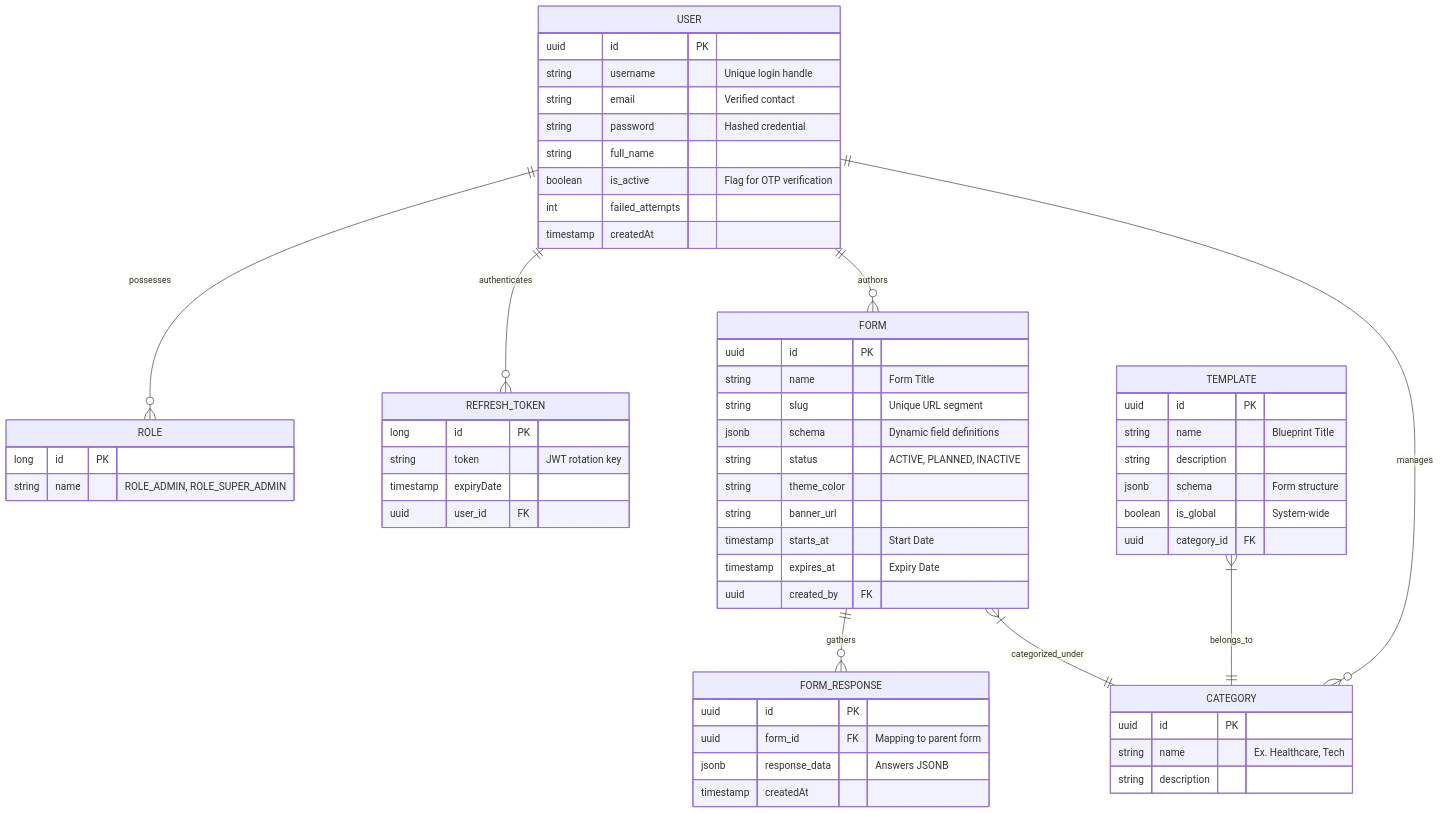
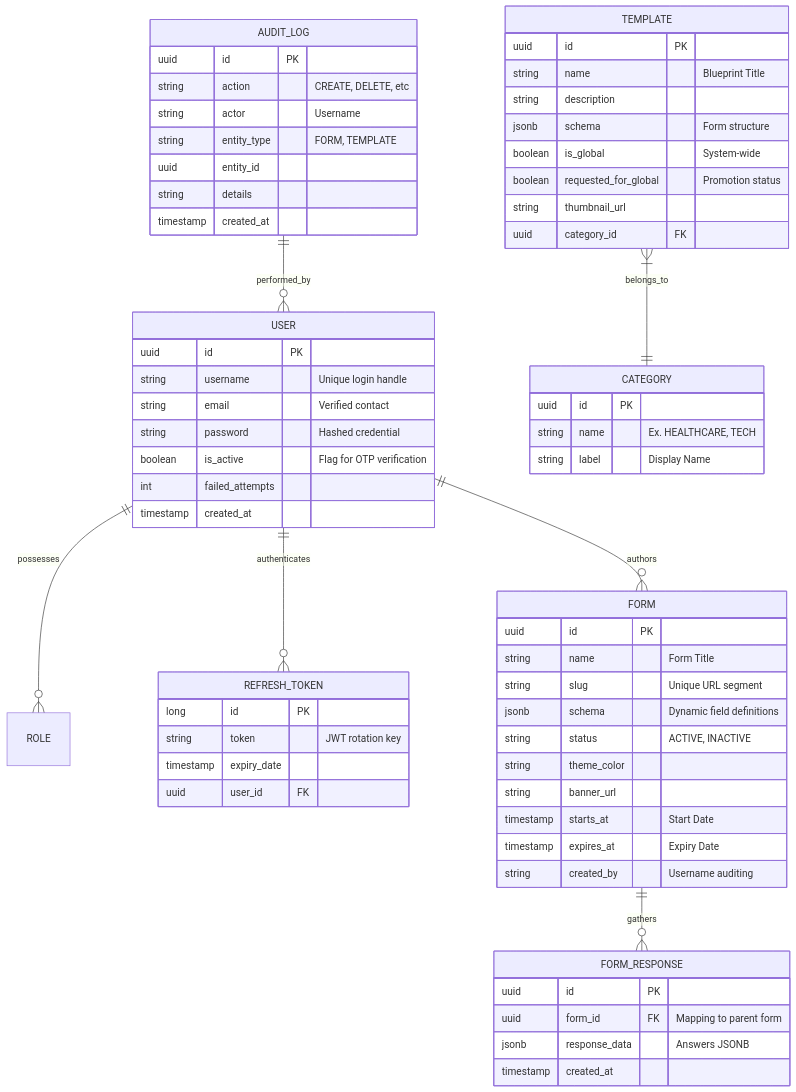
The third of 4 diagrams in docs/Diagrams.md (bluepal-ashok-patcha/FormCraft), drawn with Mermaid before and after one commit. The commit also changed other lines of this file and 5 other files, not shown here.

Commit message:
docs: update architecture, lifecycle, and testing documentation; add project walkthrough

````diff
--- a/docs/Diagrams.md
+++ b/docs/Diagrams.md
@@ -70,70 +71,75 @@
 ```mermaid
 erDiagram
     USER ||--o{ ROLE : possesses
     USER ||--o{ REFRESH_TOKEN : authenticates
     USER ||--o{ FORM : authors
-    USER ||--o{ CATEGORY : manages
     
     FORM ||--o{ FORM_RESPONSE : gathers
-    FORM }|--|| CATEGORY : categorized_under
     
     TEMPLATE }|--|| CATEGORY : belongs_to
+    AUDIT_LOG ||--o{ USER : performed_by
     
     USER {
         uuid id PK
         string username "Unique login handle"
         string email "Verified contact"
         string password "Hashed credential"
-        string full_name
         boolean is_active "Flag for OTP verification"
         int failed_attempts
-        timestamp createdAt
-    }
-
-    ROLE {
-        long id PK
-        string name "ROLE_ADMIN, ROLE_SUPER_ADMIN"
+        timestamp created_at
     }
 
     REFRESH_TOKEN {
         long id PK
         string token "JWT rotation key"
-        timestamp expiryDate
+        timestamp expiry_date
         uuid user_id FK
     }
 
     FORM {
         uuid id PK
         string name "Form Title"
         string slug "Unique URL segment"
         jsonb schema "Dynamic field definitions"
-        string status "ACTIVE, PLANNED, INACTIVE"
+        string status "ACTIVE, INACTIVE"
         string theme_color
         string banner_url
         timestamp starts_at "Start Date"
         timestamp expires_at "Expiry Date"
-        uuid created_by FK
+        string created_by "Username auditing"
     }
 
     FORM_RESPONSE {
         uuid id PK
         uuid form_id FK "Mapping to parent form"
         jsonb response_data "Answers JSONB"
-        timestamp createdAt
+        timestamp created_at
     }
 
     CATEGORY {
         uuid id PK
-        string name "Ex. Healthcare, Tech"
-        string description
+        string name "Ex. HEALTHCARE, TECH"
+        string label "Display Name"
     }
 
     TEMPLATE {
         uuid id PK
         string name "Blueprint Title"
         string description
         jsonb schema "Form structure"
         boolean is_global "System-wide"
+        boolean requested_for_global "Promotion status"
+        string thumbnail_url
         uuid category_id FK
     }
+
+    AUDIT_LOG {
+        uuid id PK
+        string action "CREATE, DELETE, etc"
+        string actor "Username"
+        string entity_type "FORM, TEMPLATE"
+        uuid entity_id
+        string details
+        timestamp created_at
+    }
 ```
````
